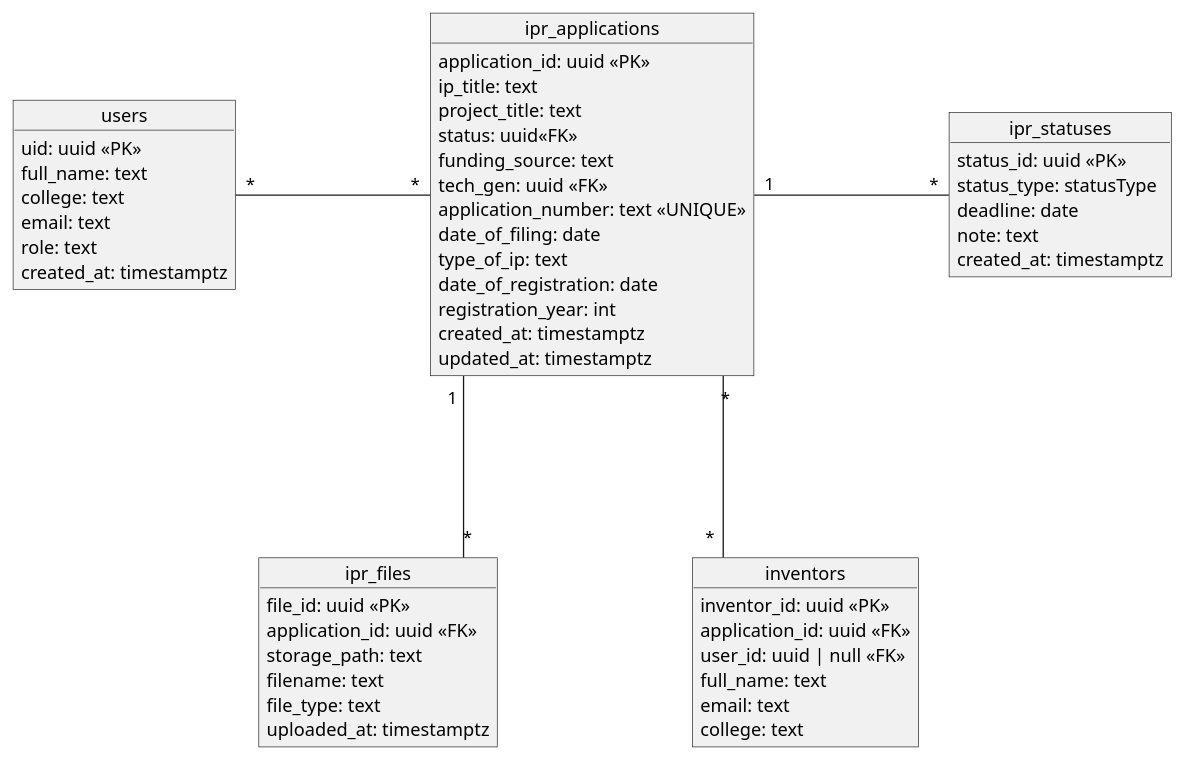
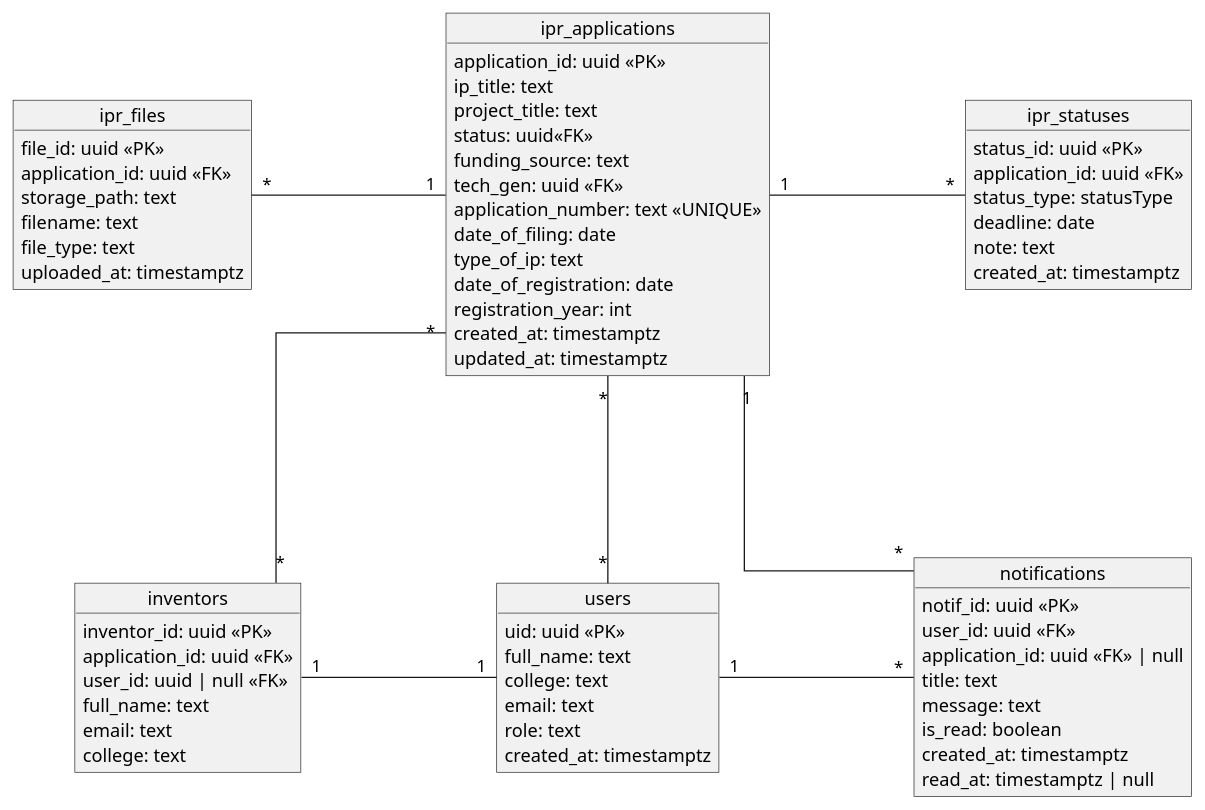
One commit to jrolana/iris changed the diagram in uml diagrams code/db_design.wsd. Above: the diagram before and after it, drawn with PlantUML. The commit also changed 2 other files, not shown here.

Commit message:
fix: added table in db design schema. also added foreign key for ipr_status to link to ipr_application. also fixed proper erd connections.

```diff
--- a/uml diagrams code/db_design.wsd
+++ b/uml diagrams code/db_design.wsd
@@ -1,67 +1,82 @@
 @startuml
 
 hide circle
 skinparam objectAttributeIconSize 0
 skinparam linetype ortho
 skinparam NodeSep 150
 skinparam RankSep 140
 
 
 
 object "users" as users {
   uid: uuid <<PK>>
   full_name: text
   college: text
   email: text
   role: text
   created_at: timestamptz
 }
 
 object "ipr_applications" as applications {
   application_id: uuid <<PK>>
   ip_title: text
   project_title: text
   status: uuid<<FK>>
   funding_source: text
   tech_gen: uuid <<FK>>
   application_number: text <<UNIQUE>>
   date_of_filing: date
   type_of_ip: text
   date_of_registration: date
   registration_year: int
   created_at: timestamptz
   updated_at: timestamptz
 }
 
+object "notifications" as notifs{
+  notif_id: uuid <<PK>>
+  user_id: uuid <<FK>>
+  application_id: uuid <<FK>> | null
+  title: text
+  message: text
+  is_read: boolean
+  created_at: timestamptz
+  read_at: timestamptz | null
+}
+
 object "ipr_statuses" as statuses {
   status_id: uuid <<PK>>
+  application_id: uuid <<FK>>
   status_type: statusType
   deadline: date
   note: text
   created_at: timestamptz
 }
 
 object "ipr_files" as files {
   file_id: uuid <<PK>>
   application_id: uuid <<FK>>
   storage_path: text
   filename: text
   file_type: text
   uploaded_at: timestamptz
 }
 
 object "inventors" as inv {
   inventor_id: uuid <<PK>>
   application_id: uuid <<FK>>
   user_id: uuid | null <<FK>>
   full_name: text
   email: text
   college: text
 }
 
-applications "1" -down- "*" files
-users "*" -right- "*" applications
+applications "1" -left- "*" files
+users "*" -up- "*" applications
 applications "1" -right- "*" statuses
 applications "*" -- "*" inv
+applications "1" -- "*" notifs
+users "1" -right- "*" notifs
+inv "1" -right- "1" users
 
 @enduml
```
